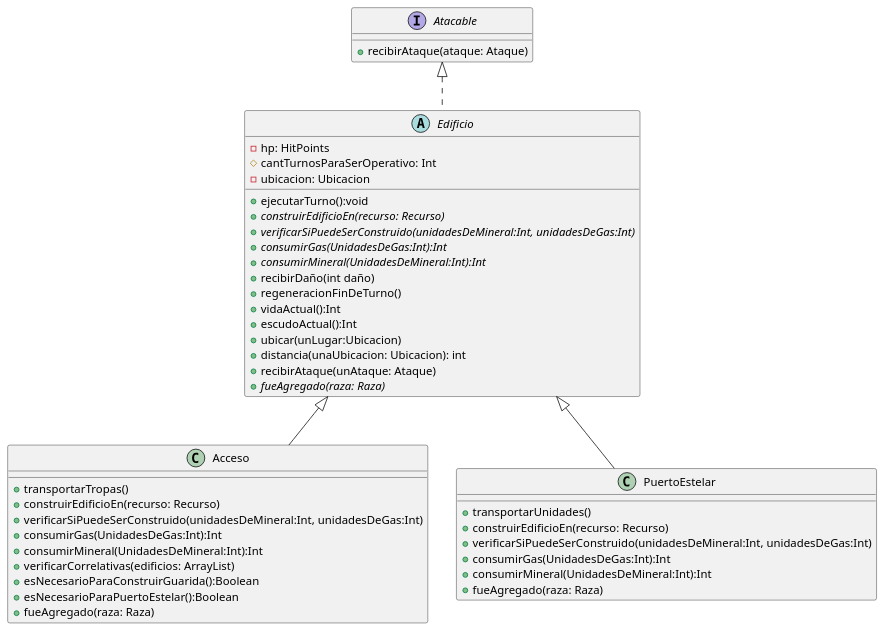
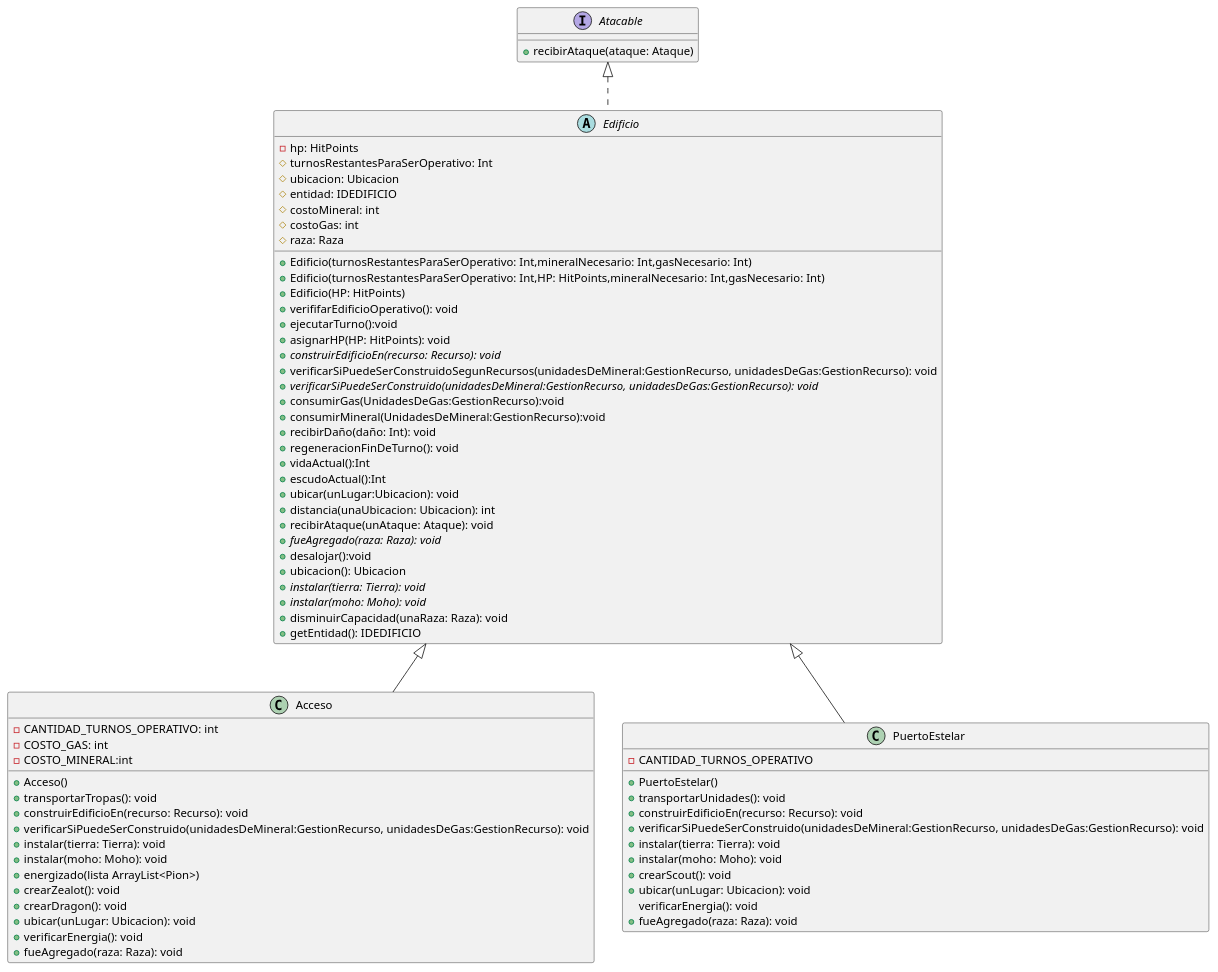
One commit to nicolasgirardi/algo3_TP2_AlgoStar changed the diagram in diagrams/classes/EdificiosProtoss2.puml. Above: the diagram before and after it, drawn with PlantUML. The commit also changed 3 other files, not shown here.

```diff
--- a/diagrams/classes/EdificiosProtoss2.puml
+++ b/diagrams/classes/EdificiosProtoss2.puml
@@ -1,52 +1,84 @@
 @startuml
 'https://plantuml.com/class-diagram
 
 abstract class Edificio {
+
     -hp: HitPoints
-    #cantTurnosParaSerOperativo: Int
-    -ubicacion: Ubicacion
+    #turnosRestantesParaSerOperativo: Int
+    #ubicacion: Ubicacion
+    #entidad: IDEDIFICIO
+    #costoMineral: int
+    #costoGas: int
+    #raza: Raza
+
+    +Edificio(turnosRestantesParaSerOperativo: Int,mineralNecesario: Int,gasNecesario: Int)
+    +Edificio(turnosRestantesParaSerOperativo: Int,HP: HitPoints,mineralNecesario: Int,gasNecesario: Int)
+    +Edificio(HP: HitPoints)
+    +verififarEdificioOperativo(): void
     +ejecutarTurno():void
-    + {abstract} construirEdificioEn(recurso: Recurso)
-    + {abstract} verificarSiPuedeSerConstruido(unidadesDeMineral:Int, unidadesDeGas:Int)
-    + {abstract} consumirGas(UnidadesDeGas:Int):Int
-    + {abstract} consumirMineral(UnidadesDeMineral:Int):Int
-    +recibirDaño(int daño)
-    +regeneracionFinDeTurno()
+    +asignarHP(HP: HitPoints): void
+    + {abstract} construirEdificioEn(recurso: Recurso): void
+    + verificarSiPuedeSerConstruidoSegunRecursos(unidadesDeMineral:GestionRecurso, unidadesDeGas:GestionRecurso): void
+    + {abstract} verificarSiPuedeSerConstruido(unidadesDeMineral:GestionRecurso, unidadesDeGas:GestionRecurso): void
+    +consumirGas(UnidadesDeGas:GestionRecurso):void
+    +consumirMineral(UnidadesDeMineral:GestionRecurso):void
+    +recibirDaño(daño: Int): void
+    +regeneracionFinDeTurno(): void
     +vidaActual():Int
     +escudoActual():Int
-    + ubicar(unLugar:Ubicacion)
+    + ubicar(unLugar:Ubicacion): void
     + distancia(unaUbicacion: Ubicacion): int
-    +recibirAtaque(unAtaque: Ataque)
-    + {abstract} fueAgregado(raza: Raza)
+    +recibirAtaque(unAtaque: Ataque): void
+    + {abstract} fueAgregado(raza: Raza): void
+    +desalojar():void
+    +ubicacion(): Ubicacion
+    +{abstract} instalar(tierra: Tierra): void
+    +{abstract} instalar(moho: Moho): void
+    +disminuirCapacidad(unaRaza: Raza): void
+    +getEntidad(): IDEDIFICIO
+
+
 }
 
 class Acceso{
-    +transportarTropas()
-    +construirEdificioEn(recurso: Recurso)
-    +verificarSiPuedeSerConstruido(unidadesDeMineral:Int, unidadesDeGas:Int)
-    + consumirGas(UnidadesDeGas:Int):Int
-    + consumirMineral(UnidadesDeMineral:Int):Int
-    + verificarCorrelativas(edificios: ArrayList)
-    + esNecesarioParaConstruirGuarida():Boolean
-    + esNecesarioParaPuertoEstelar():Boolean
-    + fueAgregado(raza: Raza)
+    -CANTIDAD_TURNOS_OPERATIVO: int
+    -COSTO_GAS: int
+    -COSTO_MINERAL:int
+
+    +Acceso()
+    +transportarTropas(): void
+    +construirEdificioEn(recurso: Recurso): void
+    +verificarSiPuedeSerConstruido(unidadesDeMineral:GestionRecurso, unidadesDeGas:GestionRecurso): void
+    +instalar(tierra: Tierra): void
+    +instalar(moho: Moho): void
+    +energizado(lista ArrayList<Pion>)
+    +crearZealot(): void
+    +crearDragon(): void
+    +ubicar(unLugar: Ubicacion): void
+    +verificarEnergia(): void
+    + fueAgregado(raza: Raza): void
 }
 
 class PuertoEstelar{
+    -CANTIDAD_TURNOS_OPERATIVO
 
-    +transportarUnidades()
-    +construirEdificioEn(recurso: Recurso)
-    +verificarSiPuedeSerConstruido(unidadesDeMineral:Int, unidadesDeGas:Int)
-    + consumirGas(UnidadesDeGas:Int):Int
-    + consumirMineral(UnidadesDeMineral:Int):Int
-    + fueAgregado(raza: Raza)
+    +PuertoEstelar()
+    +transportarUnidades(): void
+    +construirEdificioEn(recurso: Recurso): void
+    +verificarSiPuedeSerConstruido(unidadesDeMineral:GestionRecurso, unidadesDeGas:GestionRecurso): void
+    +instalar(tierra: Tierra): void
+    +instalar(moho: Moho): void
+    +crearScout(): void
+    +ubicar(unLugar: Ubicacion): void
+    verificarEnergia(): void
+    + fueAgregado(raza: Raza): void
 }
 
 interface Atacable {
     +recibirAtaque(ataque: Ataque)
 }
 
 Edificio <|-- Acceso
 Edificio <|-- PuertoEstelar
 Atacable <|.. Edificio
 @enduml
```
